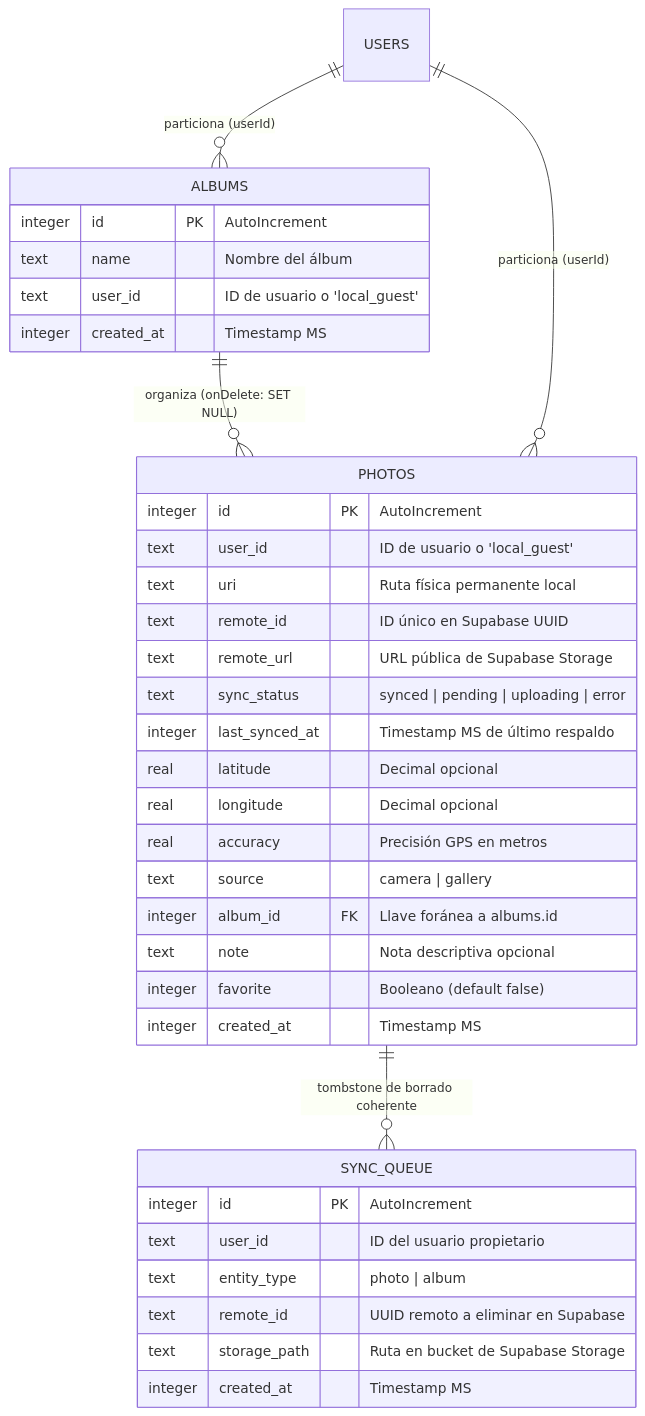
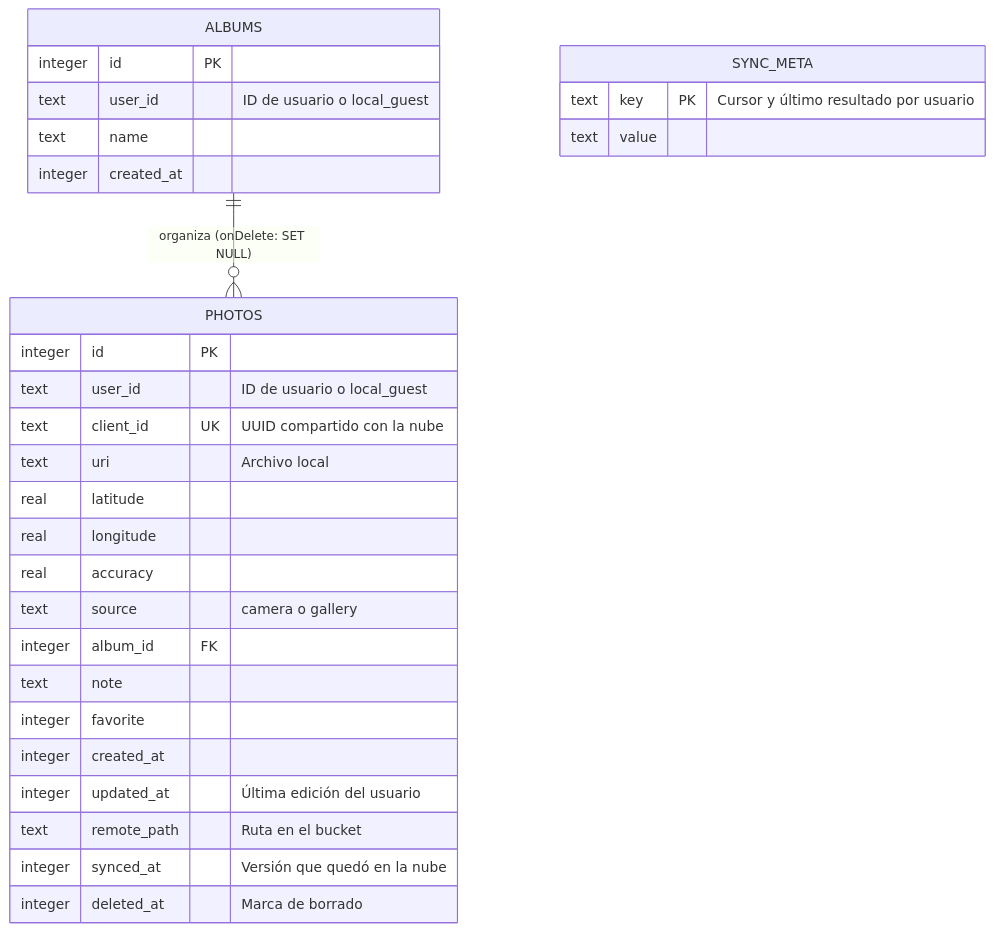
Before and after one commit to FritzOp/taller-modulos-sensores: the second of 2 diagrams in README.md, drawn with Mermaid. The commit also changed other lines of this file and 71 other files, not shown here.

````diff
--- a/README.md
+++ b/README.md
@@ -56,41 +267,35 @@
 ```mermaid
 erDiagram
     ALBUMS ||--o{ PHOTOS : "organiza (onDelete: SET NULL)"
-    USERS ||--o{ ALBUMS : "particiona (userId)"
-    USERS ||--o{ PHOTOS : "particiona (userId)"
-    PHOTOS ||--o{ SYNC_QUEUE : "tombstone de borrado coherente"
 
     ALBUMS {
-        integer id PK "AutoIncrement"
-        text name "Nombre del álbum"
-        text user_id "ID de usuario o 'local_guest'"
-        integer created_at "Timestamp MS"
+        integer id PK
+        text user_id "ID de usuario o local_guest"
+        text name
+        integer created_at
     }
 
     PHOTOS {
-        integer id PK "AutoIncrement"
-        text user_id "ID de usuario o 'local_guest'"
-        text uri "Ruta física permanente local"
-        text remote_id "ID único en Supabase UUID"
-        text remote_url "URL pública de Supabase Storage"
-        text sync_status "synced | pending | uploading | error"
-        integer last_synced_at "Timestamp MS de último respaldo"
-        real latitude "Decimal opcional"
-        real longitude "Decimal opcional"
-        real accuracy "Precisión GPS en metros"
-        text source "camera | gallery"
-        integer album_id FK "Llave foránea a albums.id"
-        text note "Nota descriptiva opcional"
-        integer favorite "Booleano (default false)"
-        integer created_at "Timestamp MS"
+        integer id PK
+        text user_id "ID de usuario o local_guest"
+        text client_id UK "UUID compartido con la nube"
+        text uri "Archivo local"
+        real latitude
+        real longitude
+        real accuracy
+        text source "camera o gallery"
+        integer album_id FK
+        text note
+        integer favorite
+        integer created_at
+        integer updated_at "Última edición del usuario"
+        text remote_path "Ruta en el bucket"
+        integer synced_at "Versión que quedó en la nube"
+        integer deleted_at "Marca de borrado"
     }
 
-    SYNC_QUEUE {
-        integer id PK "AutoIncrement"
-        text user_id "ID del usuario propietario"
-        text entity_type "photo | album"
-        text remote_id "UUID remoto a eliminar en Supabase"
-        text storage_path "Ruta en bucket de Supabase Storage"
-        integer created_at "Timestamp MS"
+    SYNC_META {
+        text key PK "Cursor y último resultado por usuario"
+        text value
     }
 ```
````
